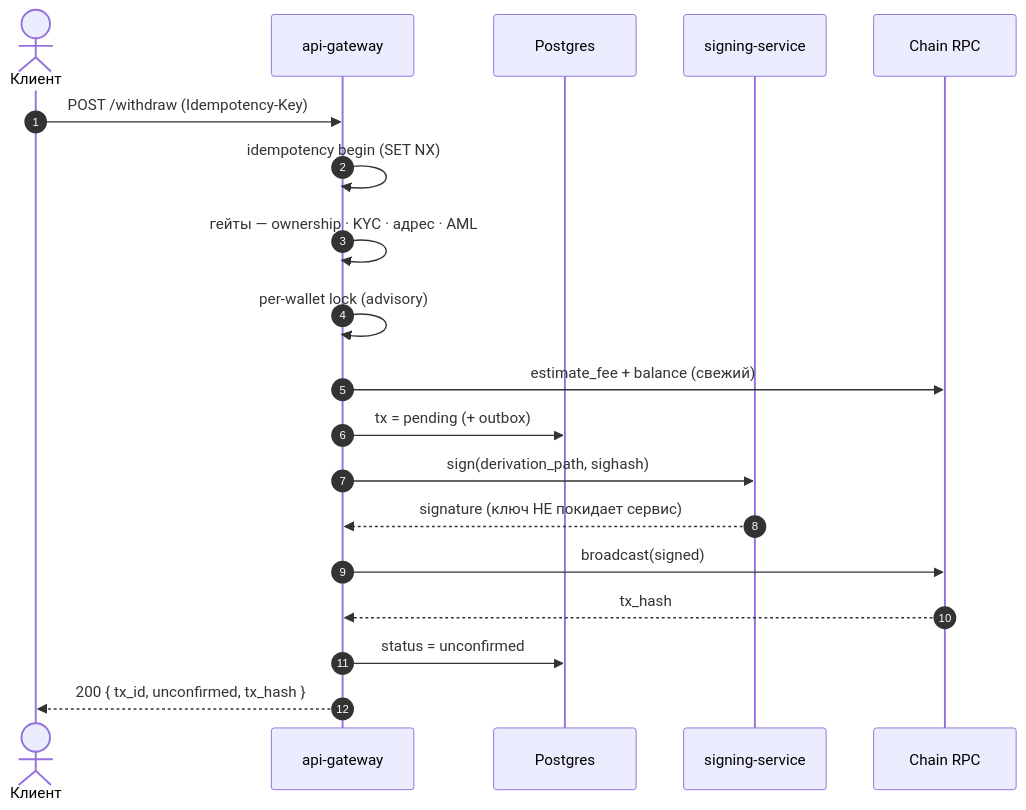
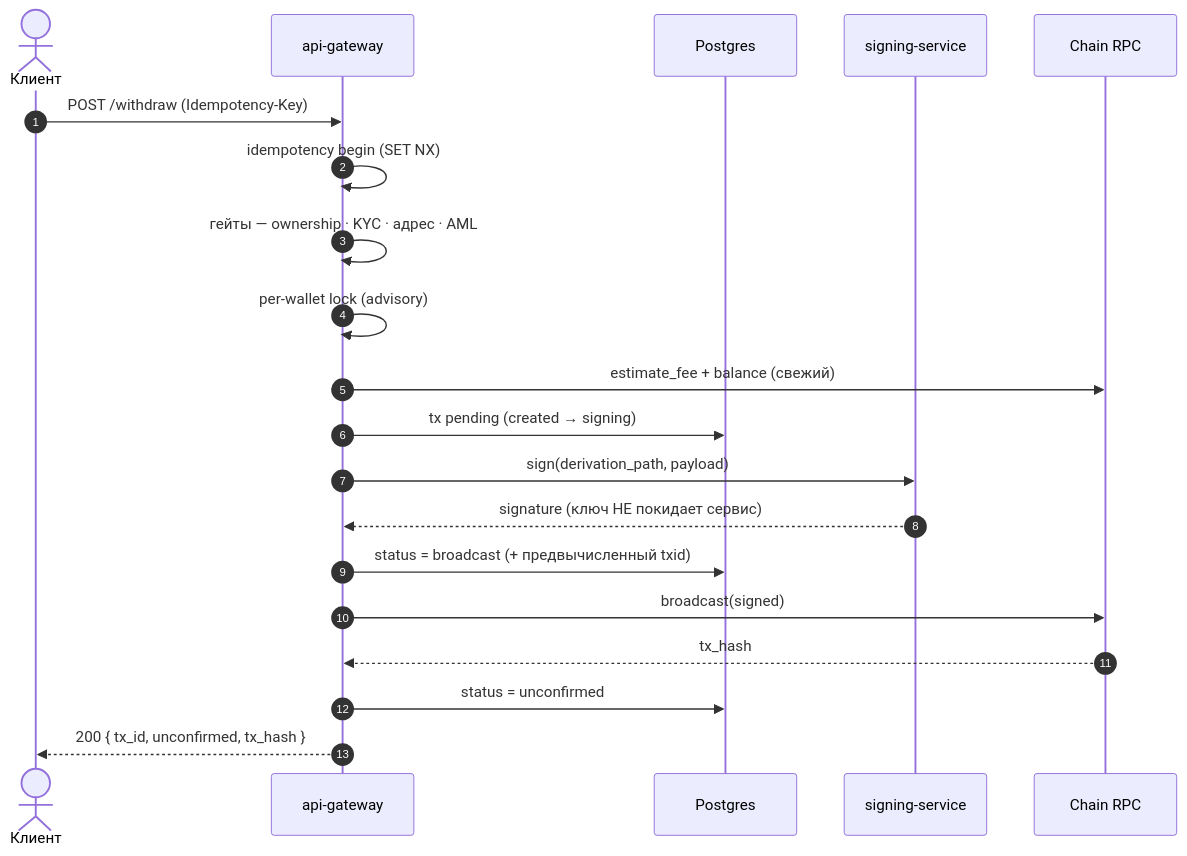
One commit to MShubkin/VaultBridge changed the second of 6 diagrams in README.md. Above: the diagram before and after it, drawn with Mermaid. The commit also changed other lines of this file, not shown here.

````diff
--- a/README.md
+++ b/README.md
@@ -64,22 +64,23 @@
 ```mermaid
 sequenceDiagram
     autonumber
     actor U as Клиент
     participant GW as api-gateway
     participant DB as Postgres
     participant S as signing-service
     participant N as Chain RPC
 
     U->>GW: POST /withdraw (Idempotency-Key)
     GW->>GW: idempotency begin (SET NX)
     GW->>GW: гейты — ownership · KYC · адрес · AML
     GW->>GW: per-wallet lock (advisory)
     GW->>N: estimate_fee + balance (свежий)
-    GW->>DB: tx = pending (+ outbox)
-    GW->>S: sign(derivation_path, sighash)
+    GW->>DB: tx pending (created → signing)
+    GW->>S: sign(derivation_path, payload)
     S-->>GW: signature (ключ НЕ покидает сервис)
+    GW->>DB: status = broadcast (+ предвычисленный txid)
     GW->>N: broadcast(signed)
     N-->>GW: tx_hash
     GW->>DB: status = unconfirmed
     GW-->>U: 200 { tx_id, unconfirmed, tx_hash }
 ```
````
